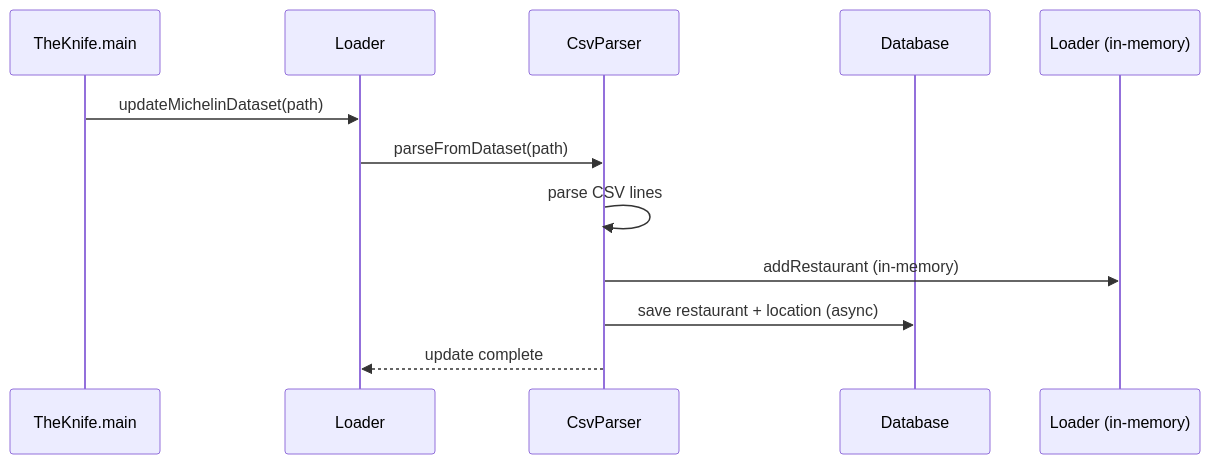
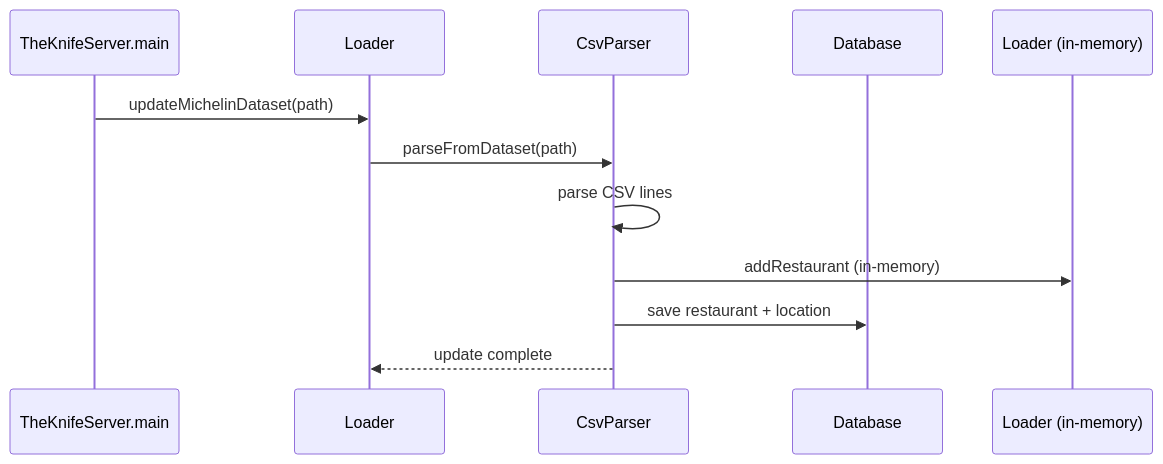
Diagram 11 of 11 in docs/TECHNICAL_DOCUMENTATION.md (lcavagnari/TheKnifeProject_B), drawn with Mermaid before and after one commit. The commit also changed other lines of this file and 1 other file, not shown here.

````diff
--- a/docs/TECHNICAL_DOCUMENTATION.md
+++ b/docs/TECHNICAL_DOCUMENTATION.md
@@ -412,15 +497,15 @@
 ```mermaid
 sequenceDiagram
-    participant Main as TheKnife.main
+    participant Main as TheKnifeServer.main
     participant L as Loader
     participant CP as CsvParser
     participant DB as Database
     participant Cache as Loader (in-memory)
 
     Main->>L: updateMichelinDataset(path)
     L->>CP: parseFromDataset(path)
     CP->>CP: parse CSV lines
     CP->>Cache: addRestaurant (in-memory)
-    CP->>DB: save restaurant + location (async)
+    CP->>DB: save restaurant + location
     CP-->>L: update complete
 ```
````
